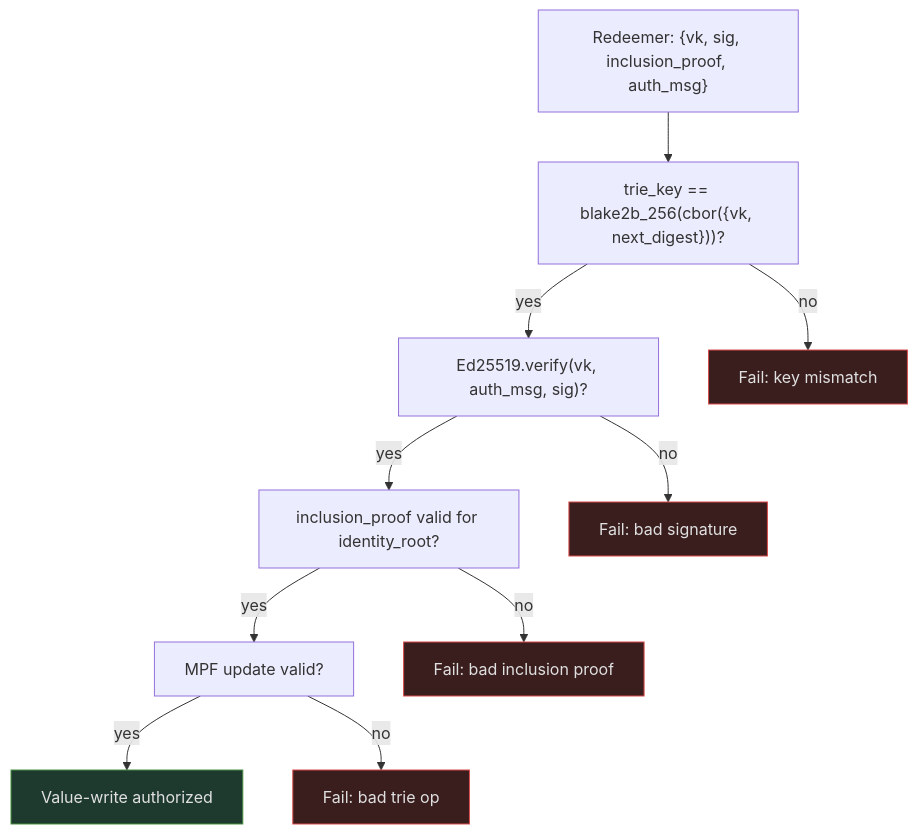
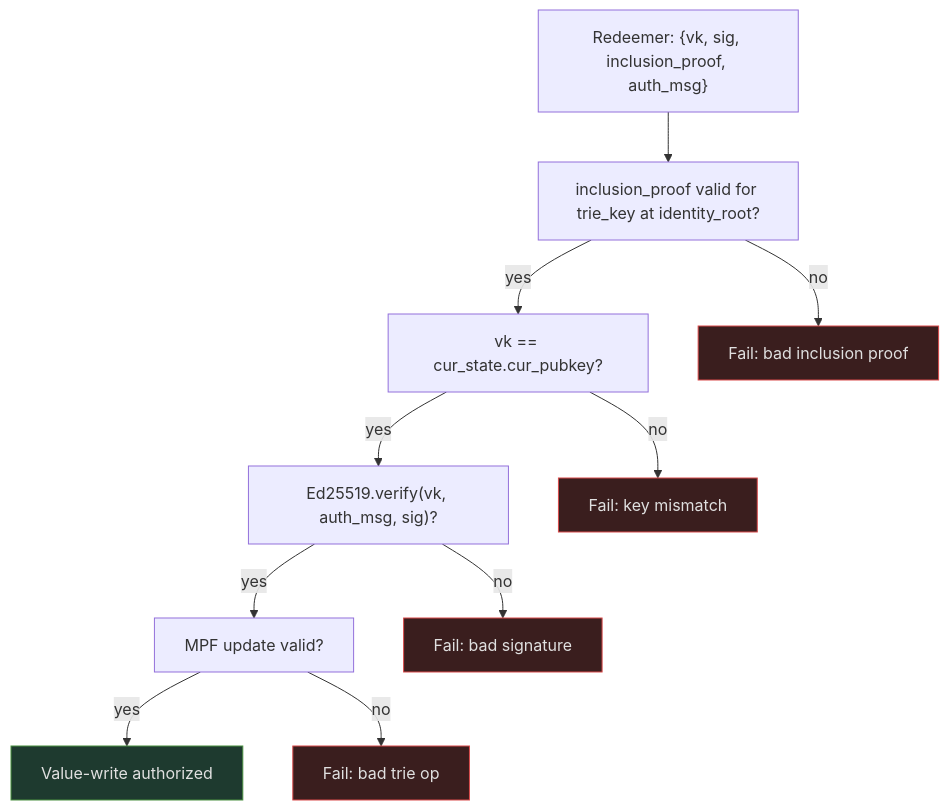
One commit to lambdasistemi/cardano-keri changed the first of 2 diagrams in docs/architecture/value-auth.md. Above: the diagram before and after it, drawn with Mermaid. The commit also changed other lines of this file and 14 other files, not shown here.

````diff
--- a/docs/architecture/value-auth.md
+++ b/docs/architecture/value-auth.md
@@ -44,19 +44,19 @@
 ```mermaid
 flowchart TD
     A["Redeemer: {vk, sig, inclusion_proof, auth_msg}"] --> B
-    B["trie_key == blake2b_256(cbor({vk, next_digest}))?"]
-    B -->|yes| C["Ed25519.verify(vk, auth_msg, sig)?"]
-    B -->|no| FAIL1["Fail: key mismatch"]
-    C -->|yes| D["inclusion_proof valid for identity_root?"]
-    C -->|no| FAIL2["Fail: bad signature"]
+    B["inclusion_proof valid for trie_key at identity_root?"]
+    B -->|yes| C["vk == cur_state.cur_pubkey?"]
+    B -->|no| FAIL1["Fail: bad inclusion proof"]
+    C -->|yes| D["Ed25519.verify(vk, auth_msg, sig)?"]
+    C -->|no| FAIL2["Fail: key mismatch"]
     D -->|yes| E["MPF update valid?"]
-    D -->|no| FAIL3["Fail: bad inclusion proof"]
+    D -->|no| FAIL3["Fail: bad signature"]
     E -->|yes| OK["Value-write authorized"]
     E -->|no| FAIL4["Fail: bad trie op"]
 
     style OK fill:#1e3a2f,stroke:#4a9040,color:#e0e0e0
     style FAIL1 fill:#3a1e1e,stroke:#d94a4a,color:#e0e0e0
     style FAIL2 fill:#3a1e1e,stroke:#d94a4a,color:#e0e0e0
     style FAIL3 fill:#3a1e1e,stroke:#d94a4a,color:#e0e0e0
     style FAIL4 fill:#3a1e1e,stroke:#d94a4a,color:#e0e0e0
 ```
````
